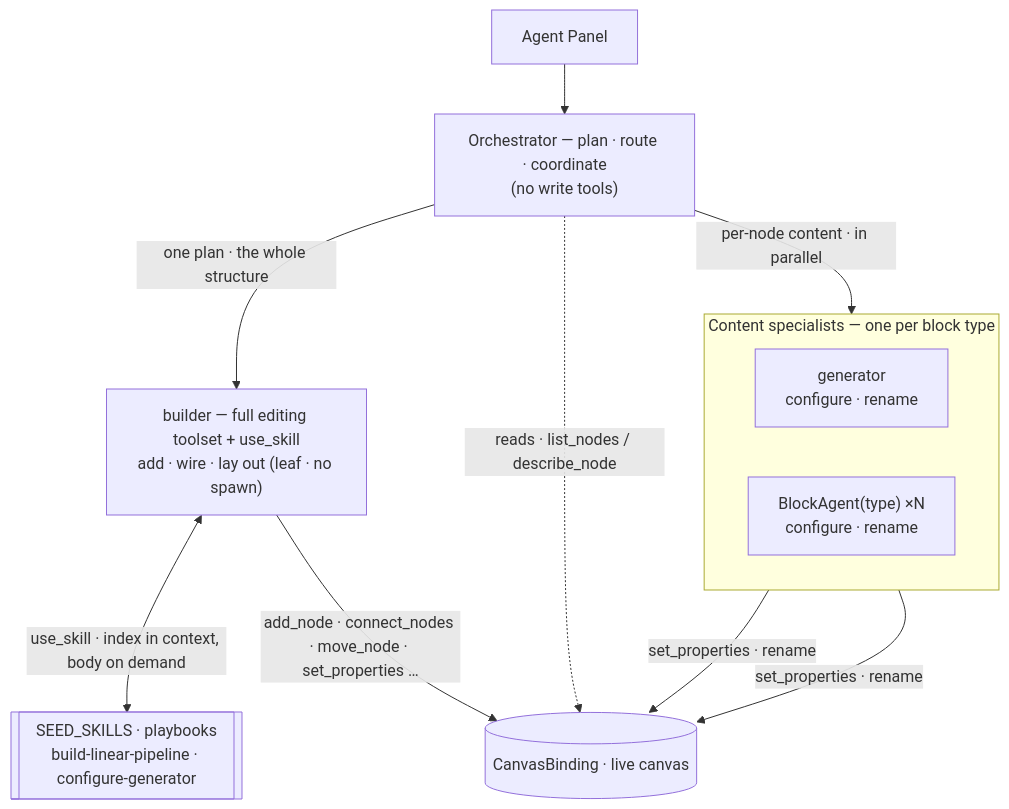
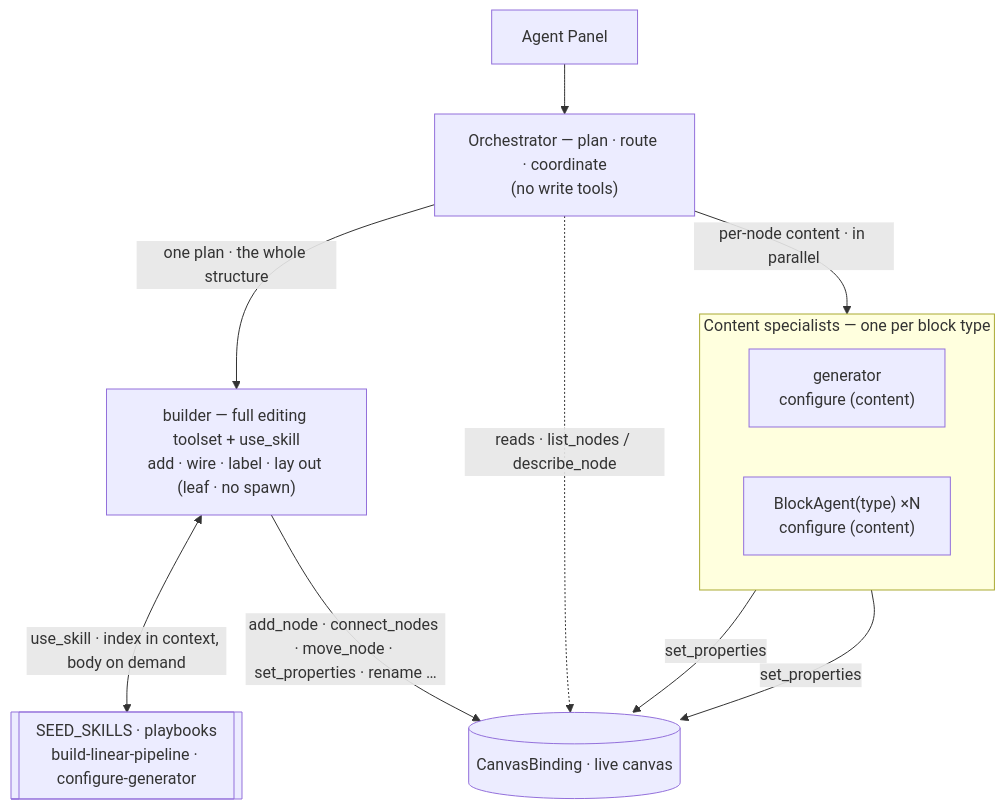
The second of 4 diagrams in docs/browser-agent/design/architecture.md (lemoncloud-io/eureka-flow), drawn with Mermaid before and after one commit. The commit also changed other lines of this file and 21 other files, not shown here.

First line of the commit message:
refactor(agent): rename is the builder's, added at build time

````diff
--- a/docs/browser-agent/design/architecture.md
+++ b/docs/browser-agent/design/architecture.md
@@ -67,17 +67,17 @@
 ```mermaid
 flowchart TD
     Panel[Agent Panel] --> Orch["Orchestrator — plan · route · coordinate<br/>(no write tools)"]
-    Orch -->|"one plan · the whole structure"| B["builder — full editing toolset + use_skill<br/>add · wire · lay out (leaf · no spawn)"]
+    Orch -->|"one plan · the whole structure"| B["builder — full editing toolset + use_skill<br/>add · wire · label · lay out (leaf · no spawn)"]
     Orch -->|"per-node content · in parallel"| C
     subgraph C["Content specialists — one per block type"]
         direction LR
-        GEN["generator<br/>configure · rename"]
-        BA["BlockAgent(type) ×N<br/>configure · rename"]
+        GEN["generator<br/>configure (content)"]
+        BA["BlockAgent(type) ×N<br/>configure (content)"]
     end
     B <-->|"use_skill · index in context, body on demand"| SK[["SEED_SKILLS · playbooks<br/>build-linear-pipeline · configure-generator"]]
-    B -->|"add_node · connect_nodes · move_node · set_properties …"| Bind
-    GEN -->|"set_properties · rename"| Bind
-    BA -->|"set_properties · rename"| Bind
+    B -->|"add_node · connect_nodes · move_node · set_properties · rename …"| Bind
+    GEN -->|"set_properties"| Bind
+    BA -->|"set_properties"| Bind
     Bind[("CanvasBinding · live canvas")]
     Orch -. "reads · list_nodes / describe_node" .-> Bind
 ```
````
